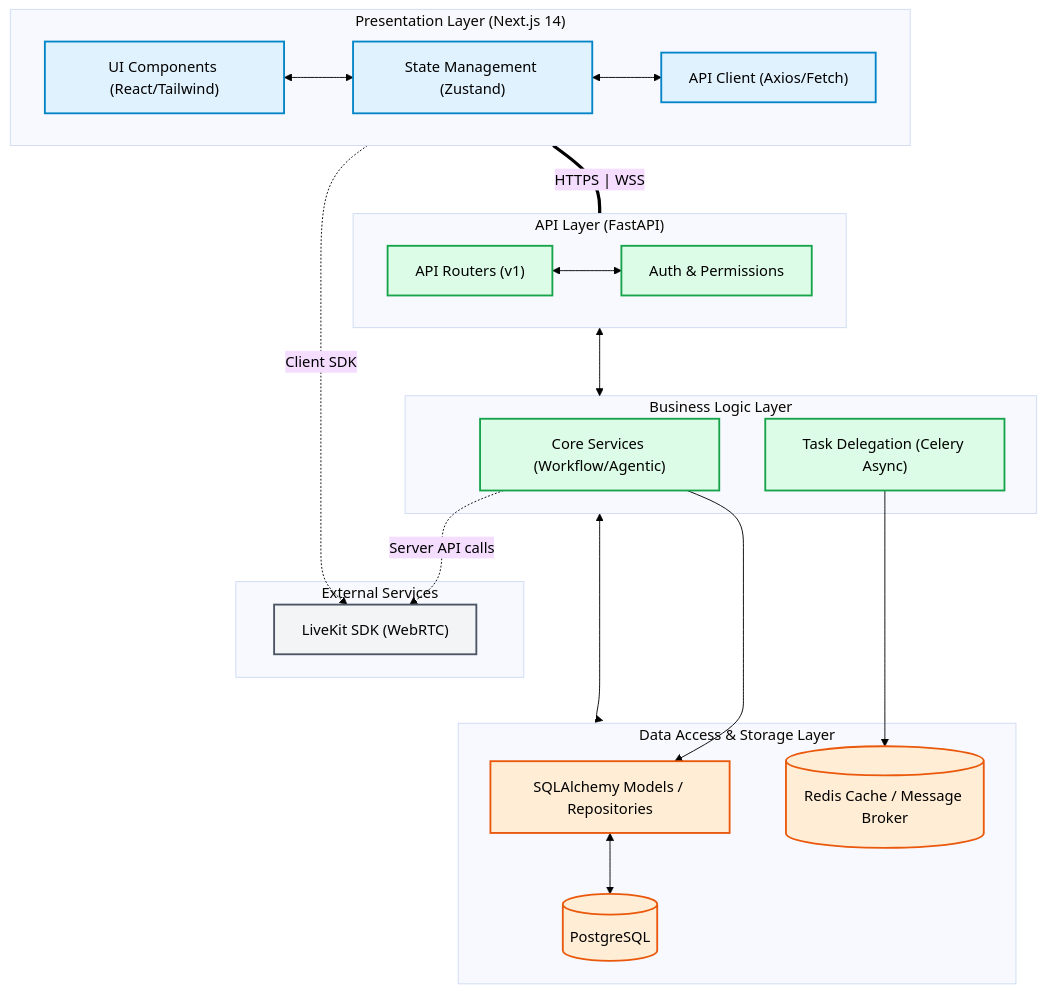
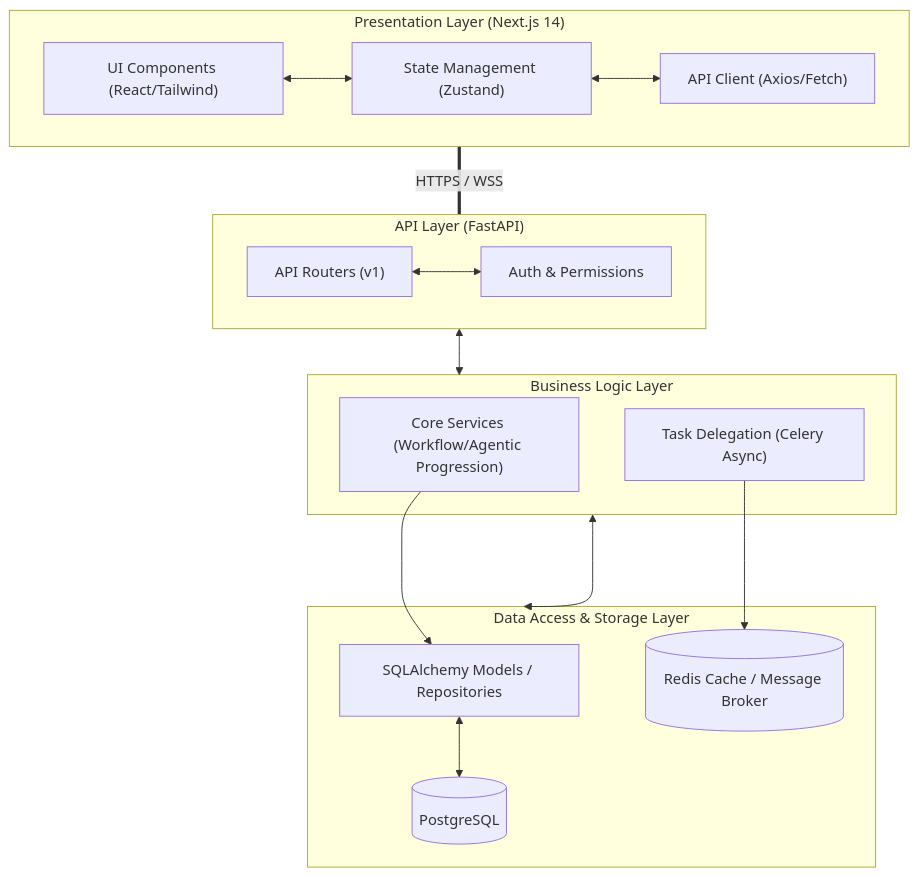
Before and after one commit to itapurba0/interview: the first of 5 diagrams in hireops/ARCHITECTURE.md, drawn with Mermaid. The commit also changed other lines of this file, not shown here.

````diff
--- a/hireops/ARCHITECTURE.md
+++ b/hireops/ARCHITECTURE.md
@@ -13,51 +13,39 @@
 ```mermaid
-%%{init: {'theme': 'base', 'themeVariables': { 'background': '#ffffff', 'primaryTextColor': '#000000', 'lineColor': '#000000' }}}%%
 flowchart TD
-    classDef presentation fill:#e0f2fe,stroke:#0284c7,color:#000000,stroke-width:2px;
-    classDef logic fill:#dcfce7,stroke:#16a34a,color:#000000,stroke-width:2px;
-    classDef data fill:#ffedd5,stroke:#ea580c,color:#000000,stroke-width:2px;
-    classDef external fill:#f3f4f6,stroke:#4b5563,color:#000000,stroke-width:2px;
-
     subgraph Presentation_Layer["Presentation Layer (Next.js 14)"]
-        UI["UI Components (React/Tailwind)"]:::presentation
-        State["State Management (Zustand)"]:::presentation
-        ClientAPI["API Client (Axios/Fetch)"]:::presentation
+        UI["UI Components (React/Tailwind)"]
+        State["State Management (Zustand)"]
+        ClientAPI["API Client (Axios/Fetch)"]
         
         UI <--> State
         State <--> ClientAPI
     end
 
     subgraph API_Layer["API Layer (FastAPI)"]
-        Router["API Routers (v1)"]:::logic
-        AuthCtx["Auth & Permissions"]:::logic
+        Router["API Routers (v1)"]
+        AuthCtx["Auth & Permissions"]
         
         Router <--> AuthCtx
     end
 
     subgraph Business_Layer["Business Logic Layer"]
-        Services["Core Services (Workflow/Agentic)"]:::logic
-        TaskQueue["Task Delegation (Celery Async)"]:::logic
+        Services["Core Services (Workflow/Agentic Progression)"]
+        TaskQueue["Task Delegation (Celery Async)"]
     end
 
     subgraph Data_Layer["Data Access & Storage Layer"]
-        ORM["SQLAlchemy Models / Repositories"]:::data
-        DB[(PostgreSQL)]:::data
-        Cache[(Redis Cache / Message Broker)]:::data
+        ORM["SQLAlchemy Models / Repositories"]
+        DB[(PostgreSQL)]
+        Cache[(Redis Cache / Message Broker)]
         
         ORM <--> DB
     end
 
-    subgraph External_Integrations["External Services"]
-        LiveKitCloud["LiveKit SDK (WebRTC)"]:::external
-    end
-
     %% Layer Interactions
-    Presentation_Layer == " HTTPS | WSS " === API_Layer
-    Presentation_Layer -.-> | Client SDK | LiveKitCloud
+    Presentation_Layer == "HTTPS / WSS" === API_Layer
     API_Layer <--> Business_Layer
     Business_Layer <--> Data_Layer
     
     Services ---> ORM
     TaskQueue ---> Cache
-    Services -.-> | Server API calls | LiveKitCloud
 ```
````
